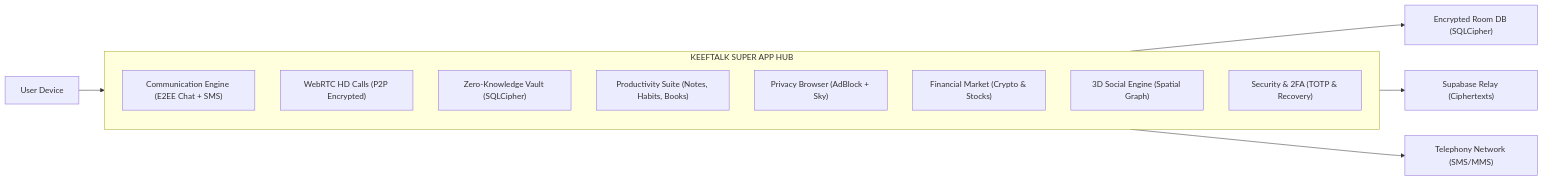
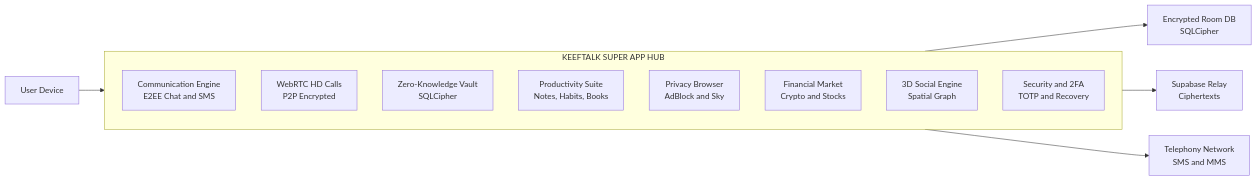
One commit to Keeftalk/Android changed the first of 5 diagrams in README.md. Above: the diagram before and after it, drawn with Mermaid. The commit also changed other lines of this file, not shown here.

````diff
--- a/README.md
+++ b/README.md
@@ -140,18 +140,18 @@
 ```mermaid
-graph LR
-    subgraph KEEFTALK ["KEEFTALK SUPER APP HUB"]
-        COMM["Communication Engine (E2EE Chat + SMS)"]
-        CALL["WebRTC HD Calls (P2P Encrypted)"]
-        VAULT["Zero-Knowledge Vault (SQLCipher)"]
-        PROD["Productivity Suite (Notes, Habits, Books)"]
-        BROWSER["Privacy Browser (AdBlock + Sky)"]
-        FINANCE["Financial Market (Crypto & Stocks)"]
-        GRAPH["3D Social Engine (Spatial Graph)"]
-        SECURITY["Security & 2FA (TOTP & Recovery)"]
+flowchart LR
+    subgraph KEEFTALK["KEEFTALK SUPER APP HUB"]
+        COMM["Communication Engine<br/>E2EE Chat and SMS"]
+        CALL["WebRTC HD Calls<br/>P2P Encrypted"]
+        VAULT["Zero-Knowledge Vault<br/>SQLCipher"]
+        PROD["Productivity Suite<br/>Notes, Habits, Books"]
+        BROWSER["Privacy Browser<br/>AdBlock and Sky"]
+        FINANCE["Financial Market<br/>Crypto and Stocks"]
+        GRAPH["3D Social Engine<br/>Spatial Graph"]
+        SECURITY["Security and 2FA<br/>TOTP and Recovery"]
     end
 
     USER["User Device"] --> KEEFTALK
-    KEEFTALK --> LOCAL_STORAGE["Encrypted Room DB (SQLCipher)"]
-    KEEFTALK --> REMOTE_CLOUD["Supabase Relay (Ciphertexts)"]
-    KEEFTALK --> CARRIER["Telephony Network (SMS/MMS)"]
+    KEEFTALK --> LOCAL_STORAGE["Encrypted Room DB<br/>SQLCipher"]
+    KEEFTALK --> REMOTE_CLOUD["Supabase Relay<br/>Ciphertexts"]
+    KEEFTALK --> CARRIER["Telephony Network<br/>SMS and MMS"]
 ```
````
